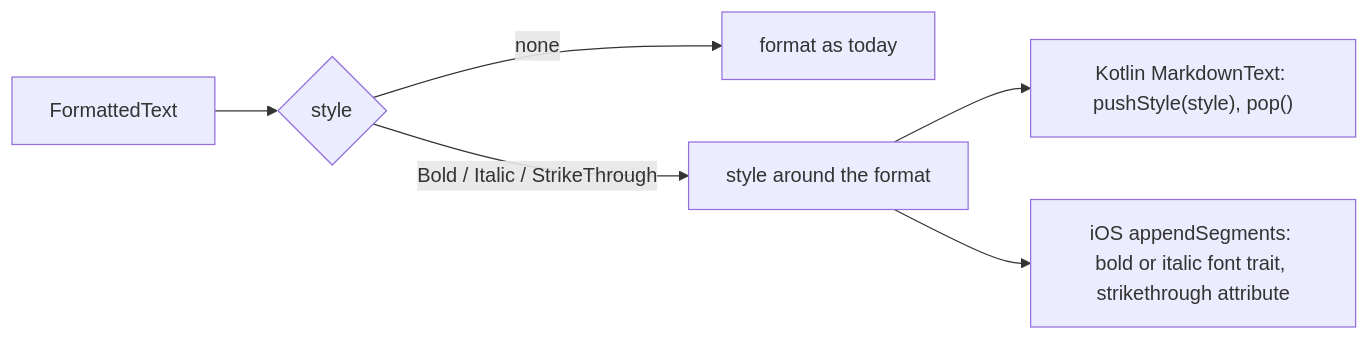
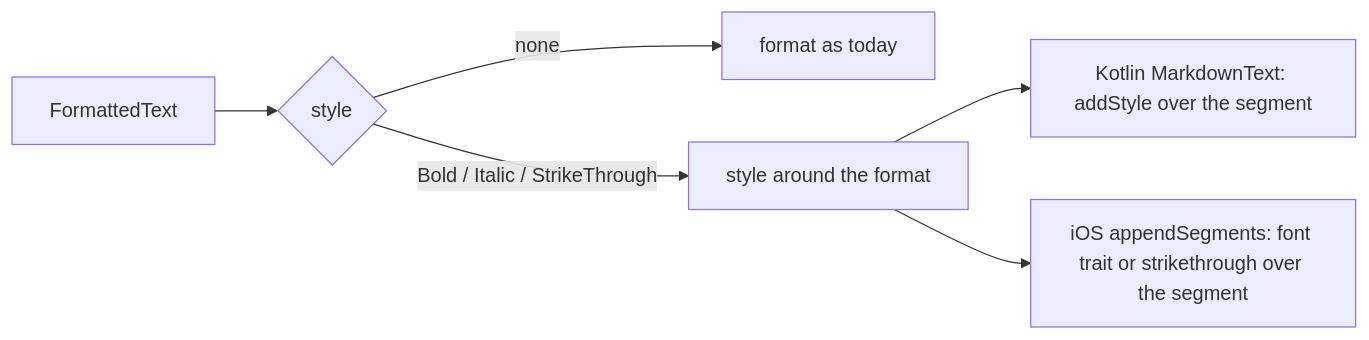
Before and after one commit to evgeny-simplex/simplex-chat: the second of 2 diagrams in plans/2026-11-14-markdown-nested-links.md, drawn with Mermaid. The commit also changed other lines of this file and 18 other files, not shown here.

Commit message:
core, ui: links and code inside bold, italic and strike-through

````diff
--- a/plans/2026-11-14-markdown-nested-links.md
+++ b/plans/2026-11-14-markdown-nested-links.md
@@ -103,8 +103,8 @@
 ```mermaid
 flowchart LR
   FT[FormattedText] --> ST{style}
   ST -->|none| R1[format as today]
   ST -->|"Bold / Italic / StrikeThrough"| R2[style around the format]
-  R2 --> K["Kotlin MarkdownText: pushStyle(style), pop()"]
-  R2 --> S["iOS appendSegments: bold or italic font trait, strikethrough attribute"]
+  R2 --> K["Kotlin MarkdownText: addStyle over the segment"]
+  R2 --> S["iOS appendSegments: font trait or strikethrough over the segment"]
 ```
````
